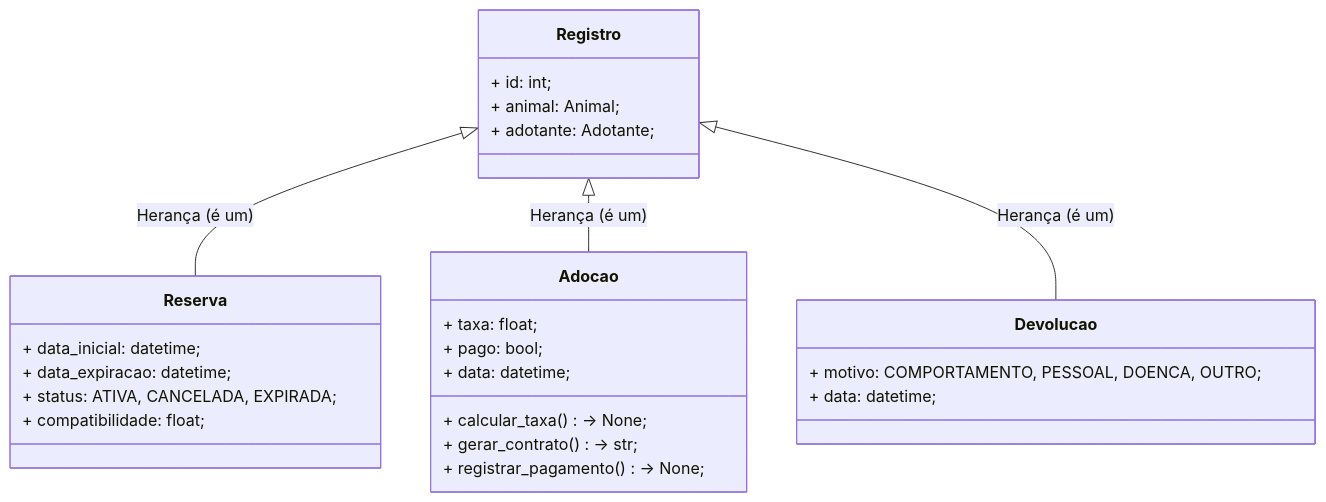
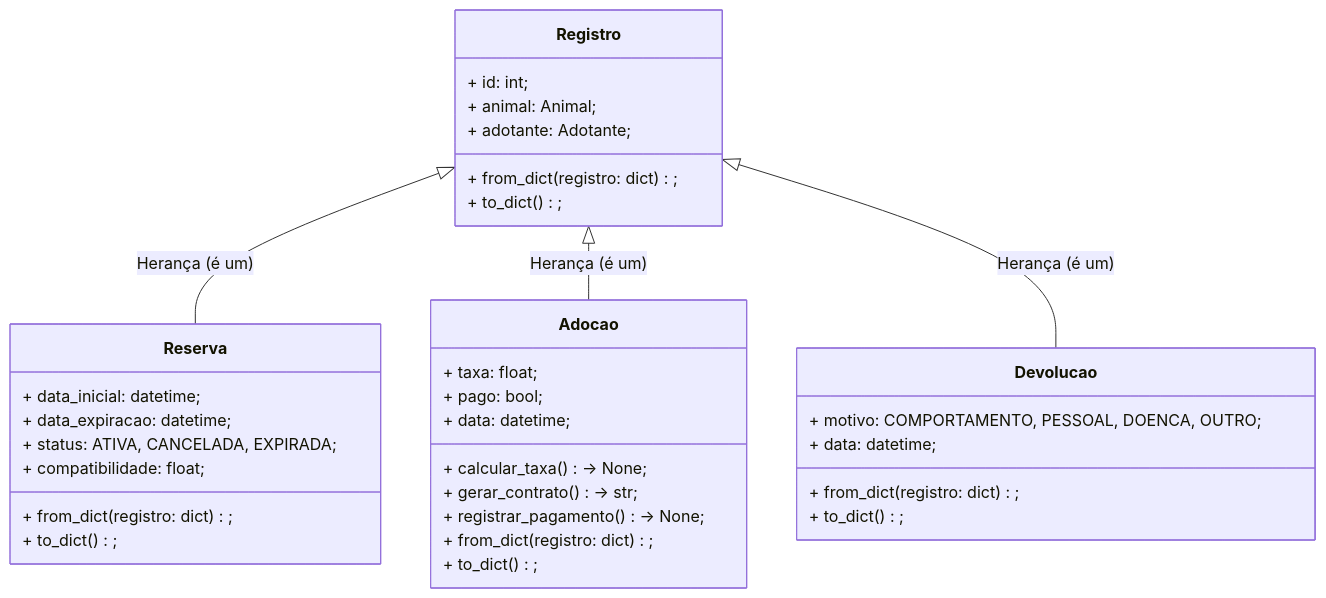
The fourth of 8 diagrams in docs/uml.md (Alisson014/projeto-1-poo-sistema-adocao-animais), drawn with Mermaid before and after one commit. The commit also changed other lines of this file, not shown here.

Commit message:
docs: update uml.md to reflect step 3 alterations

````diff
--- a/docs/uml.md
+++ b/docs/uml.md
@@ -157,34 +176,42 @@
 ```mermaid
 classDiagram
     class Registro {
         + id: int;
         + animal: Animal;
         + adotante: Adotante;
+        + from_dict(registro: dict);
+        + to_dict();
     }
 
     class Reserva {
         + data_inicial: datetime;
         + data_expiracao: datetime;
         + status: ATIVA, CANCELADA, EXPIRADA;
         + compatibilidade: float;
+        + from_dict(registro: dict);
+        + to_dict();
     }
 
     class Adocao {
         + taxa: float;
         + pago: bool;
         + data: datetime;
         + calcular_taxa() -> None;
         + gerar_contrato() -> str;
         + registrar_pagamento() -> None;
+        + from_dict(registro: dict);
+        + to_dict();
     }
 
     class Devolucao {
         + motivo: COMPORTAMENTO, PESSOAL, DOENCA, OUTRO;
         + data: datetime;
+        + from_dict(registro: dict);
+        + to_dict();
     }
 
     %% Relacionamentos:
     Registro <|-- Reserva : Herança (é um)
     Registro <|-- Adocao : Herança (é um)
     Registro <|-- Devolucao : Herança (é um)
 ```
````
